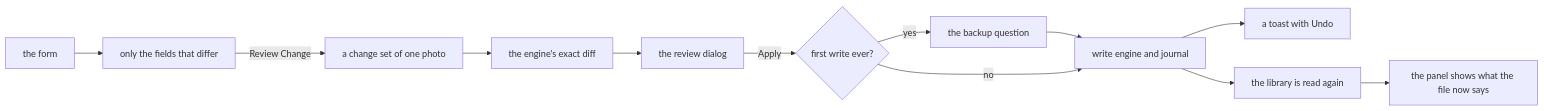
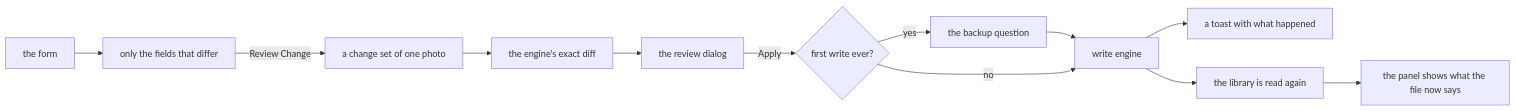
The second of 2 diagrams in docs/photo.md (xuedi/photoManager), drawn with Mermaid before and after one commit. The commit also changed other lines of this file and 9 other files, not shown here.

Commit message:
write down that there is no undo

````diff
--- a/docs/photo.md
+++ b/docs/photo.md
@@ -114,14 +114,14 @@
 ```mermaid
 flowchart LR
     form[the form] --> change[only the fields that differ]
     change -- Review Change --> set[a change set of one photo]
     set --> dry[the engine's exact diff]
     dry --> dialog[the review dialog]
     dialog -- Apply --> first{first write ever?}
     first -- yes --> backup[the backup question]
     backup --> engine
-    first -- no --> engine[write engine and journal]
-    engine --> toast[a toast with Undo]
+    first -- no --> engine[write engine]
+    engine --> toast[a toast with what happened]
     engine --> scan[the library is read again]
     scan --> panel[the panel shows what the file now says]
 ```
````
